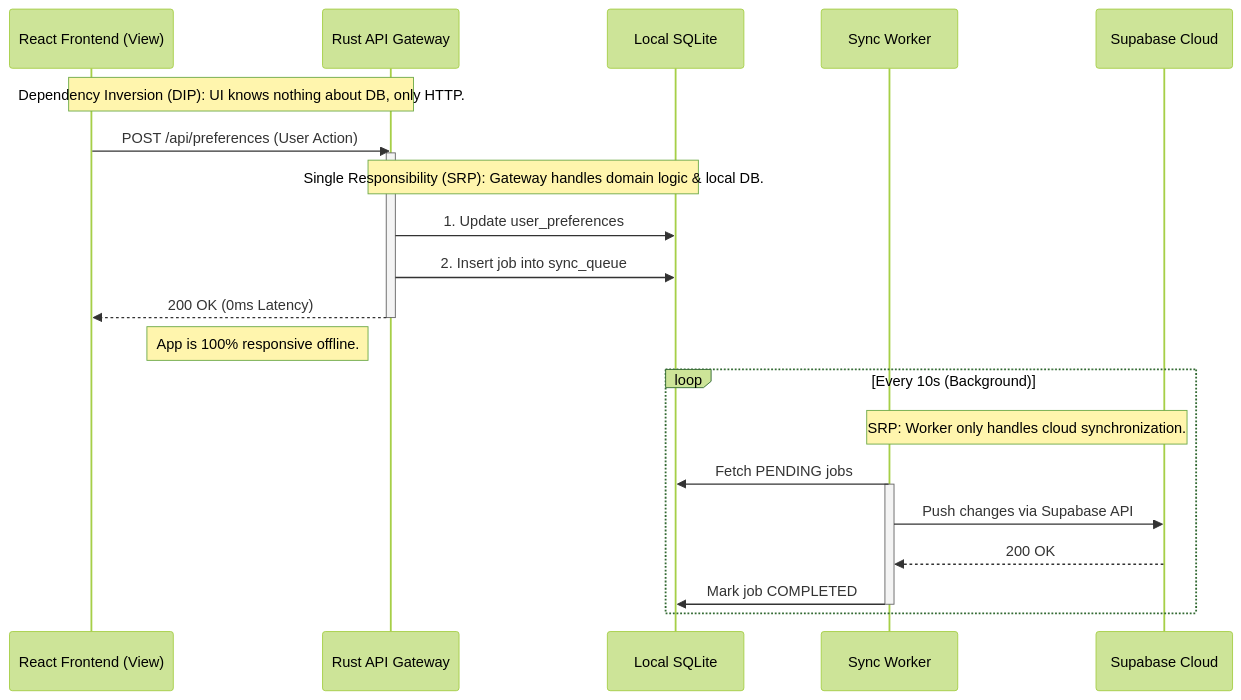
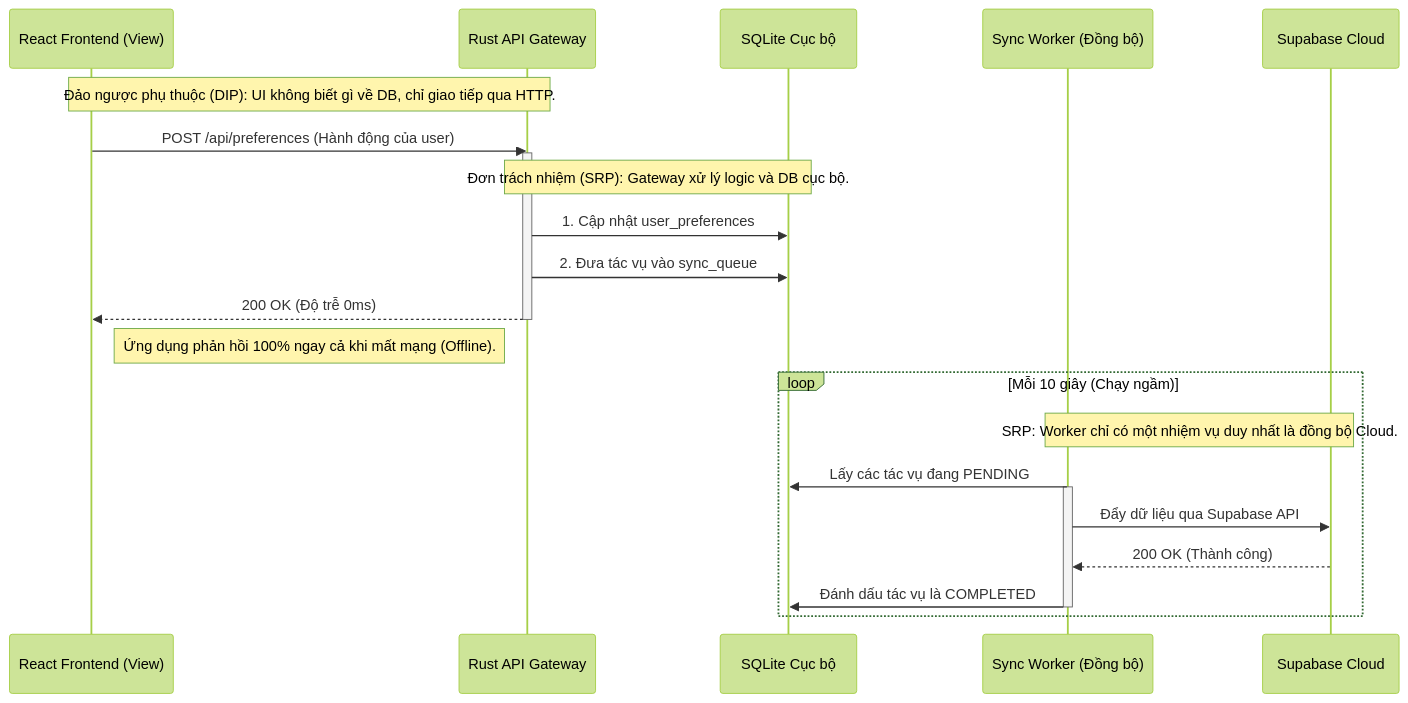
One commit to tuquet/omnidesk changed the diagram in README.md. Above: the diagram before and after it, drawn with Mermaid (forest theme). The commit also changed other lines of this file and 1 other file, not shown here.

Commit message:
docs(readme): translate READMEs to vietnamese and enhance with mermaid diagrams

````diff
--- a/README.md
+++ b/README.md
@@ -39,30 +39,30 @@
 ```mermaid
 sequenceDiagram
     participant UI as React Frontend (View)
     participant Rust as Rust API Gateway
-    participant DB as Local SQLite
-    participant Worker as Sync Worker
+    participant DB as SQLite Cục bộ
+    participant Worker as Sync Worker (Đồng bộ)
     participant Cloud as Supabase Cloud
 
-    Note over UI, Rust: Dependency Inversion (DIP): UI knows nothing about DB, only HTTP.
-    UI->>Rust: POST /api/preferences (User Action)
+    Note over UI, Rust: Đảo ngược phụ thuộc (DIP): UI không biết gì về DB, chỉ giao tiếp qua HTTP.
+    UI->>Rust: POST /api/preferences (Hành động của user)
     
     activate Rust
-    Note over Rust, DB: Single Responsibility (SRP): Gateway handles domain logic & local DB.
-    Rust->>DB: 1. Update user_preferences
-    Rust->>DB: 2. Insert job into sync_queue
-    Rust-->>UI: 200 OK (0ms Latency)
+    Note over Rust, DB: Đơn trách nhiệm (SRP): Gateway xử lý logic và DB cục bộ.
+    Rust->>DB: 1. Cập nhật user_preferences
+    Rust->>DB: 2. Đưa tác vụ vào sync_queue
+    Rust-->>UI: 200 OK (Độ trễ 0ms)
     deactivate Rust
     
-    Note left of Rust: App is 100% responsive offline.
+    Note left of Rust: Ứng dụng phản hồi 100% ngay cả khi mất mạng (Offline).
     
-    loop Every 10s (Background)
-        Note over Worker, Cloud: SRP: Worker only handles cloud synchronization.
-        Worker->>DB: Fetch PENDING jobs
+    loop Mỗi 10 giây (Chạy ngầm)
+        Note over Worker, Cloud: SRP: Worker chỉ có một nhiệm vụ duy nhất là đồng bộ Cloud.
+        Worker->>DB: Lấy các tác vụ đang PENDING
         activate Worker
-        Worker->>Cloud: Push changes via Supabase API
-        Cloud-->>Worker: 200 OK
-        Worker->>DB: Mark job COMPLETED
+        Worker->>Cloud: Đẩy dữ liệu qua Supabase API
+        Cloud-->>Worker: 200 OK (Thành công)
+        Worker->>DB: Đánh dấu tác vụ là COMPLETED
         deactivate Worker
     end
 ```
````
